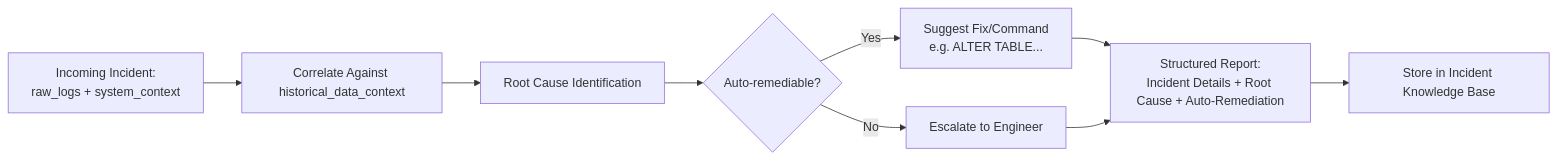
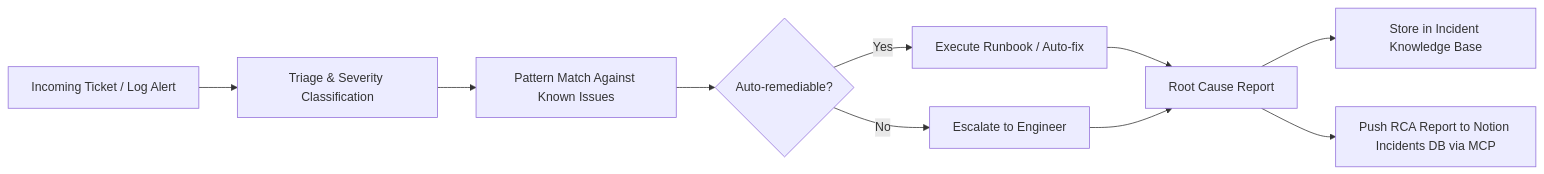
One commit to HarshSinha-1/Multi_agent_orchestration_purposive changed the fourth of 7 diagrams in README.md. Above: the diagram before and after it, drawn with Mermaid. The commit also changed other lines of this file, not shown here.

````diff
--- a/README.md
+++ b/README.md
@@ -129,11 +156,12 @@
 ```mermaid
 flowchart LR
-    A[Incoming Incident:<br/>raw_logs + system_context] --> B[Correlate Against historical_data_context]
-    B --> C[Root Cause Identification]
+    A[Incoming Ticket / Log Alert] --> B[Triage & Severity Classification]
+    B --> C[Pattern Match Against Known Issues]
     C --> D{Auto-remediable?}
-    D -->|Yes| E[Suggest Fix/Command<br/>e.g. ALTER TABLE...]
+    D -->|Yes| E[Execute Runbook / Auto-fix]
     D -->|No| F[Escalate to Engineer]
-    E --> G[Structured Report:<br/>Incident Details + Root Cause + Auto-Remediation]
+    E --> G[Root Cause Report]
     F --> G
     G --> H[Store in Incident Knowledge Base]
+    G --> I[Push RCA Report to Notion Incidents DB via MCP]
 ```
````
